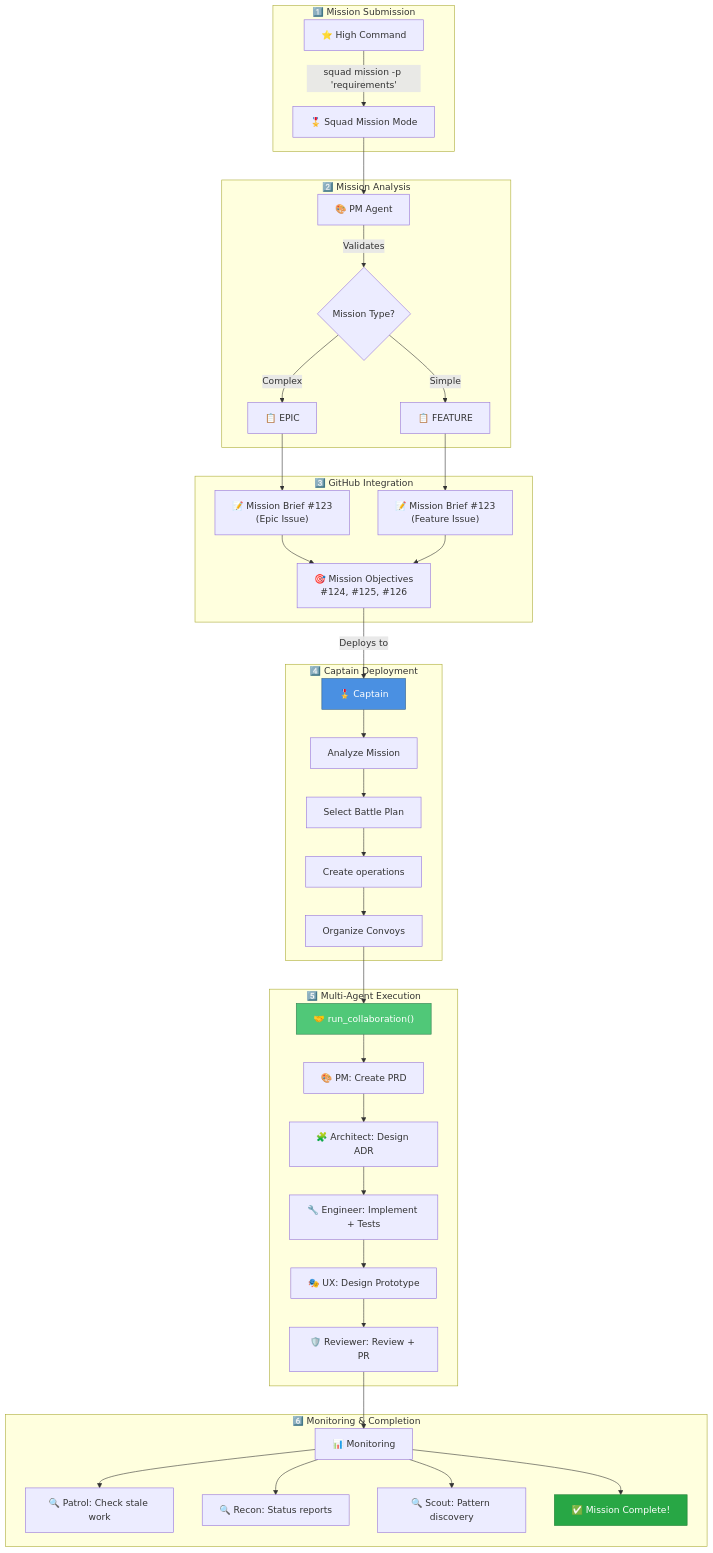
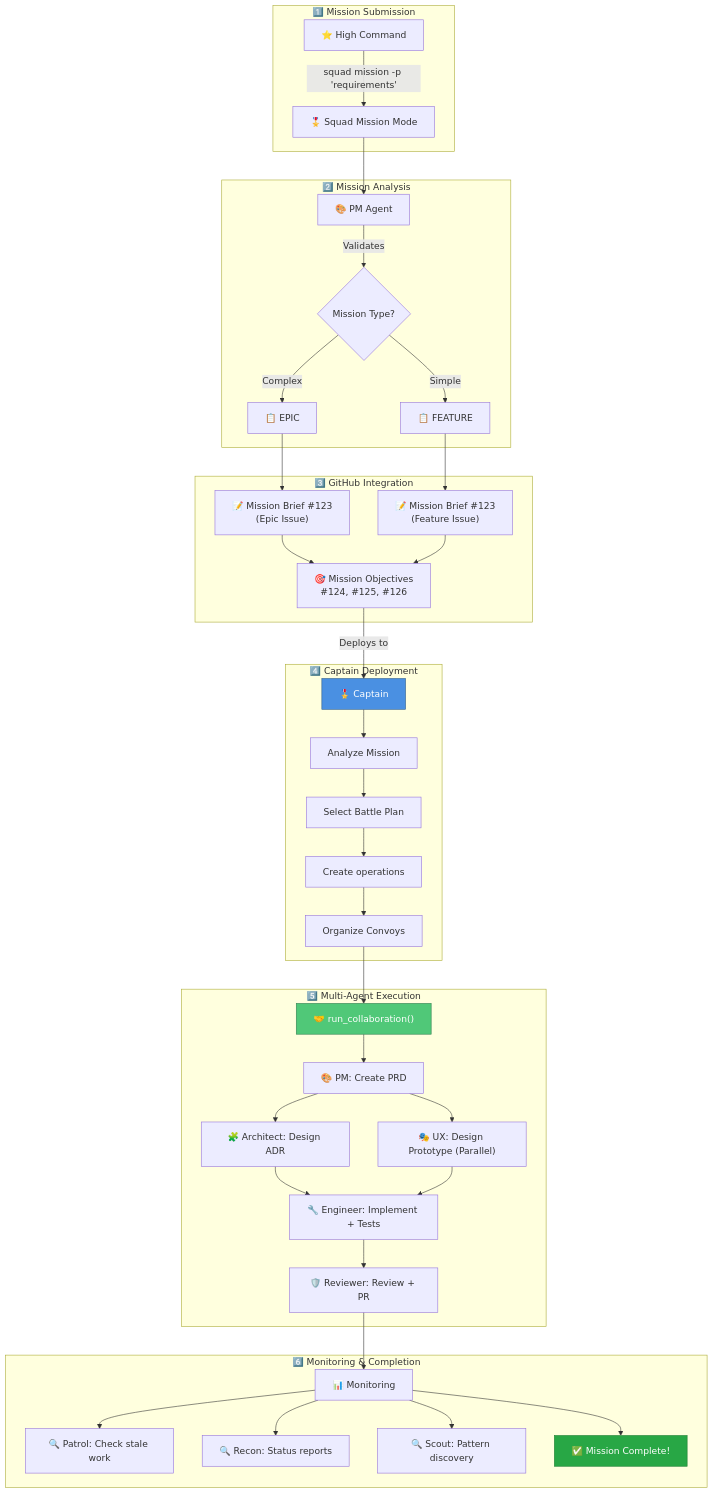
The fifth of 8 diagrams in README.md (jnPiyush/AI-Squad), drawn with Mermaid before and after one commit. The commit also changed other lines of this file, not shown here.

First line of the commit message:
docs: fix README workflow diagrams and add complete prerequisites

````diff
--- a/README.md
+++ b/README.md
@@ -257,49 +315,50 @@
 ```mermaid
 graph TB
     subgraph "1️⃣ Mission Submission"
         User["⭐ High Command"] -->|"squad mission -p 'requirements'"| Auto["🎖️ Squad Mission Mode"]
     end
     
     subgraph "2️⃣ Mission Analysis"
         Auto --> PM["🎨 PM Agent"]
         PM -->|Validates| Type{Mission Type?}
         Type -->|Complex| Epic["📋 EPIC"]
         Type -->|Simple| Feature["📋 FEATURE"]
     end
     
     subgraph "3️⃣ GitHub Integration"
         Epic --> Brief1["📝 Mission Brief #123<br/>(Epic Issue)"]
         Feature --> Brief2["📝 Mission Brief #123<br/>(Feature Issue)"]
         Brief1 --> Obj["🎯 Mission Objectives<br/>#124, #125, #126"]
         Brief2 --> Obj
     end
     
     subgraph "4️⃣ Captain Deployment"
         Obj -->|Deploys to| Captain["🎖️ Captain"]
         Captain --> Analyze["Analyze Mission"]
         Analyze --> BP["Select Battle Plan"]
         BP --> WI["Create operations"]
         WI --> Convoy["Organize Convoys"]
     end
     
     subgraph "5️⃣ Multi-Agent Execution"
         Convoy --> Collab["🤝 run_collaboration()"]
         Collab --> PM2["🎨 PM: Create PRD"]
         PM2 --> Arch["🧩 Architect: Design ADR"]
+        PM2 --> UX["🎭 UX: Design Prototype (Parallel)"]
         Arch --> Eng["🔧 Engineer: Implement + Tests"]
-        Eng --> UX["🎭 UX: Design Prototype"]
-        UX --> Rev["🛡️ Reviewer: Review + PR"]
+        UX --> Eng
+        Eng --> Rev["🛡️ Reviewer: Review + PR"]
     end
     
     subgraph "6️⃣ Monitoring & Completion"
         Rev --> Monitor["📊 Monitoring"]
         Monitor --> Patrol["🔍 Patrol: Check stale work"]
         Monitor --> Recon["🔍 Recon: Status reports"]
         Monitor --> Scout["🔍 Scout: Pattern discovery"]
         Monitor --> Done["✅ Mission Complete!"]
     end
     
     style Captain fill:#4A90E2,stroke:#2E5C8A,color:#fff
     style Collab fill:#50C878,stroke:#2E7D4E,color:#fff
     style Done fill:#28A745,stroke:#1E7E34,color:#fff
 ```
````
